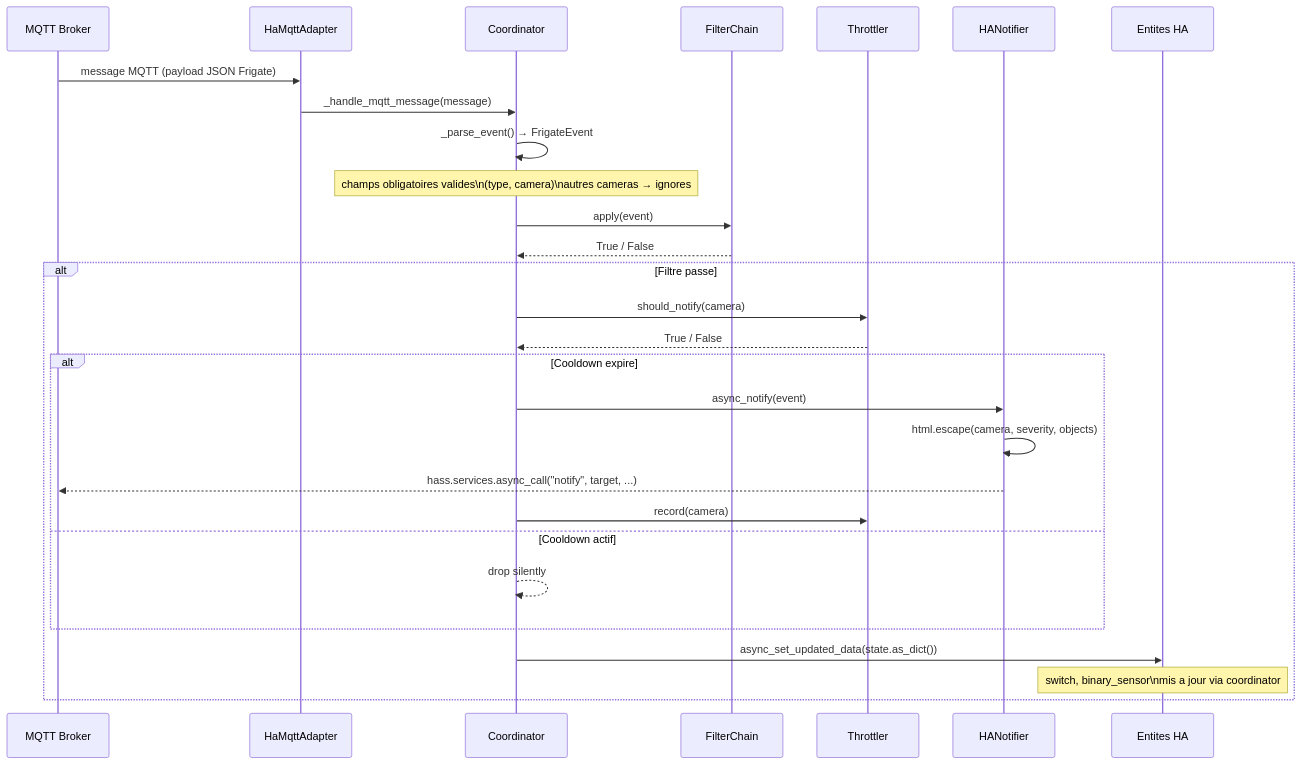
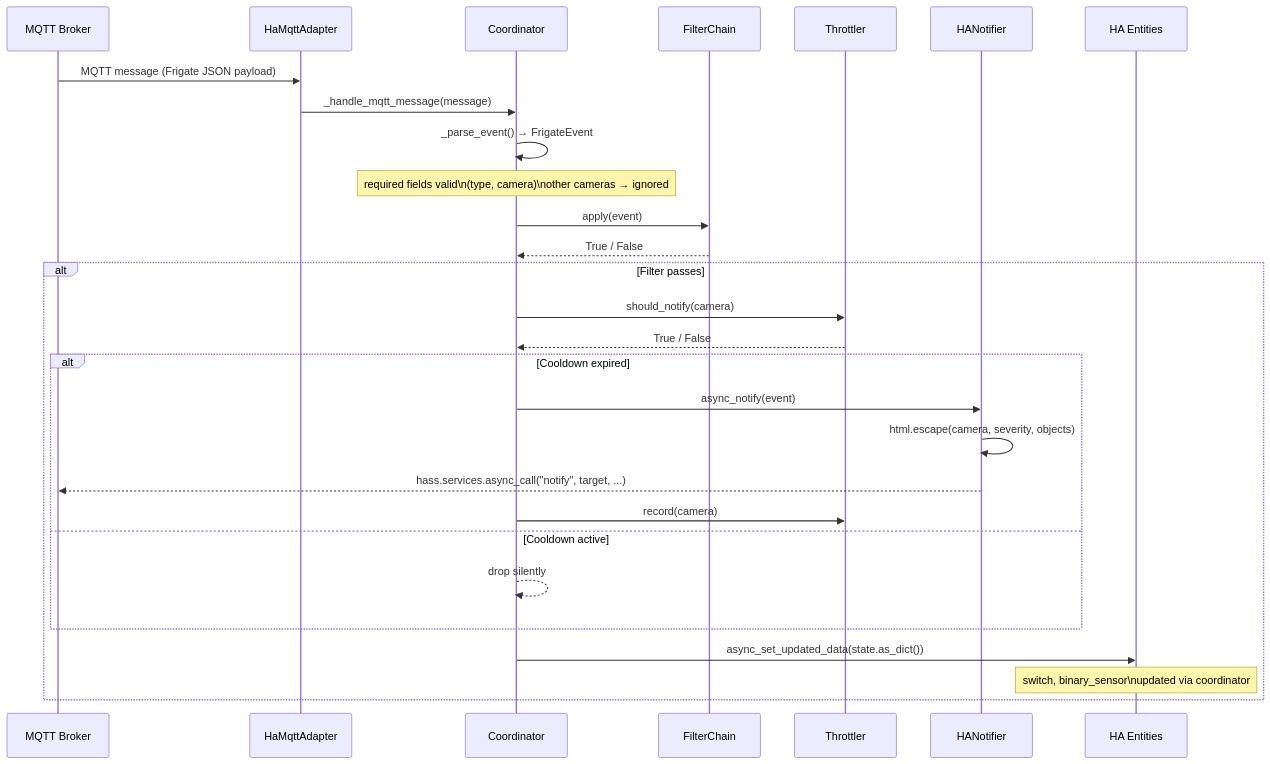
The second of 4 diagrams in docs/architecture.md (trowaflo/frigate-event-manager), drawn with Mermaid before and after one commit. The commit also changed other lines of this file, not shown here.

Commit message:
docs: translate architecture.md to english

````diff
--- a/docs/architecture.md
+++ b/docs/architecture.md
@@ -74,35 +74,35 @@
 ```mermaid
 sequenceDiagram
     participant B as MQTT Broker
     participant A as HaMqttAdapter
     participant C as Coordinator
     participant F as FilterChain
     participant T as Throttler
     participant N as HANotifier
-    participant E as Entites HA
+    participant E as HA Entities
 
-    B->>A: message MQTT (payload JSON Frigate)
+    B->>A: MQTT message (Frigate JSON payload)
     A->>C: _handle_mqtt_message(message)
     C->>C: _parse_event() → FrigateEvent
-    Note over C: champs obligatoires valides\n(type, camera)\nautres cameras → ignores
+    Note over C: required fields valid\n(type, camera)\nother cameras → ignored
 
     C->>F: apply(event)
     F-->>C: True / False
 
-    alt Filtre passe
+    alt Filter passes
         C->>T: should_notify(camera)
         T-->>C: True / False
 
-        alt Cooldown expire
+        alt Cooldown expired
             C->>N: async_notify(event)
             N->>N: html.escape(camera, severity, objects)
             N-->>B: hass.services.async_call("notify", target, ...)
             C->>T: record(camera)
-        else Cooldown actif
+        else Cooldown active
             C-->>C: drop silently
         end
 
         C->>E: async_set_updated_data(state.as_dict())
-        Note over E: switch, binary_sensor\nmis a jour via coordinator
+        Note over E: switch, binary_sensor\nupdated via coordinator
     end
 ```
````
